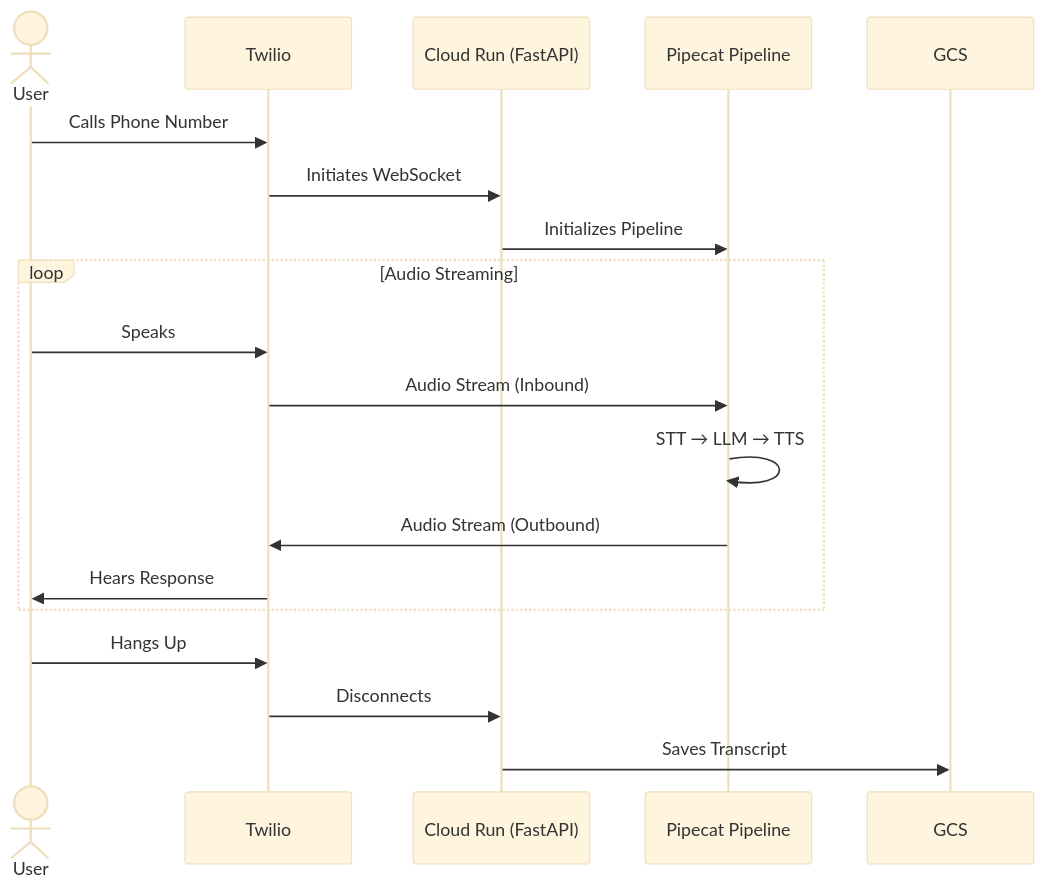
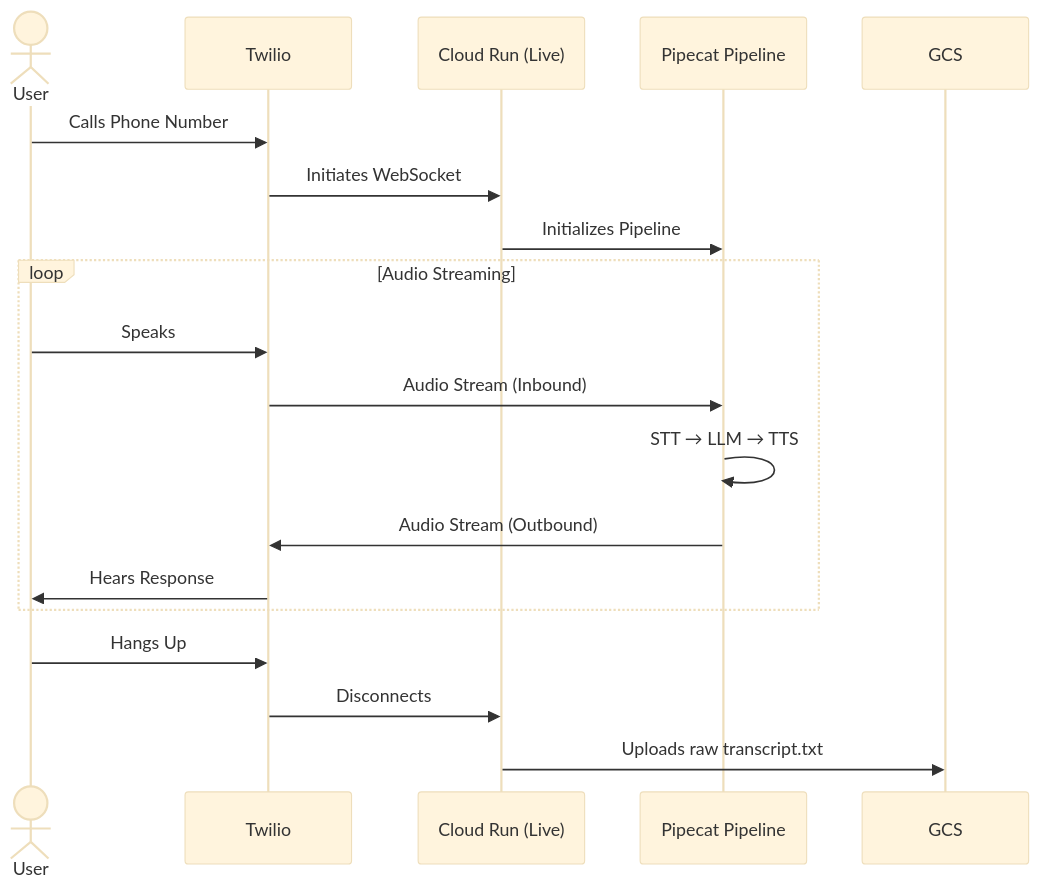
One commit to TheWinterShadow/GhostBrain changed the third of 5 diagrams in docs/architecture/index.md. Above: the diagram before and after it, drawn with Mermaid (base theme). The commit also changed other lines of this file and 5 other files, not shown here.

````diff
--- a/docs/architecture/index.md
+++ b/docs/architecture/index.md
@@ -144,22 +124,22 @@
 ```mermaid
 sequenceDiagram
     actor U as User
     participant T as Twilio
-    participant CR as Cloud Run (FastAPI)
+    participant CR as Cloud Run (Live)
     participant P as Pipecat Pipeline
     participant G as GCS
 
     U->>T: Calls Phone Number
     T->>CR: Initiates WebSocket
     CR->>P: Initializes Pipeline
     loop Audio Streaming
         U->>T: Speaks
         T->>P: Audio Stream (Inbound)
         P->>P: STT → LLM → TTS
         P->>T: Audio Stream (Outbound)
         T->>U: Hears Response
     end
     U->>T: Hangs Up
     T->>CR: Disconnects
-    CR->>G: Saves Transcript
+    CR->>G: Uploads raw transcript.txt
 ```
````
